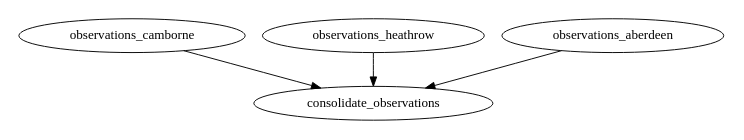
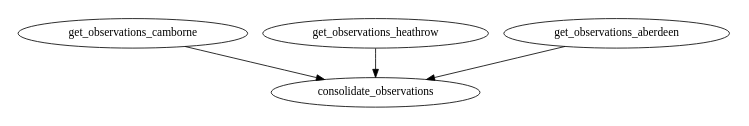
One commit to metomi/rose changed the first of 5 diagrams in sphinx/tutorial/cylc/scheduling/datetime-cycling.rst. Above: the diagram before and after it, drawn with Graphviz. The commit also changed other lines of this file, not shown here.

```diff
--- a/sphinx/tutorial/cylc/scheduling/datetime-cycling.rst
+++ b/sphinx/tutorial/cylc/scheduling/datetime-cycling.rst
@@ -238,9 +245,9 @@
-     .. digraph:: example
-        :align: center
+.. digraph:: example
+   :align: center
 
-        size = "5,4"
-        bgcolor=none
+   size = "5,4"
+   bgcolor=none
 
-        observations_camborne -> consolidate_observations
-        observations_heathrow -> consolidate_observations
-        observations_aberdeen -> consolidate_observations
+   get_observations_camborne -> consolidate_observations
+   get_observations_heathrow -> consolidate_observations
+   get_observations_aberdeen -> consolidate_observations
```
